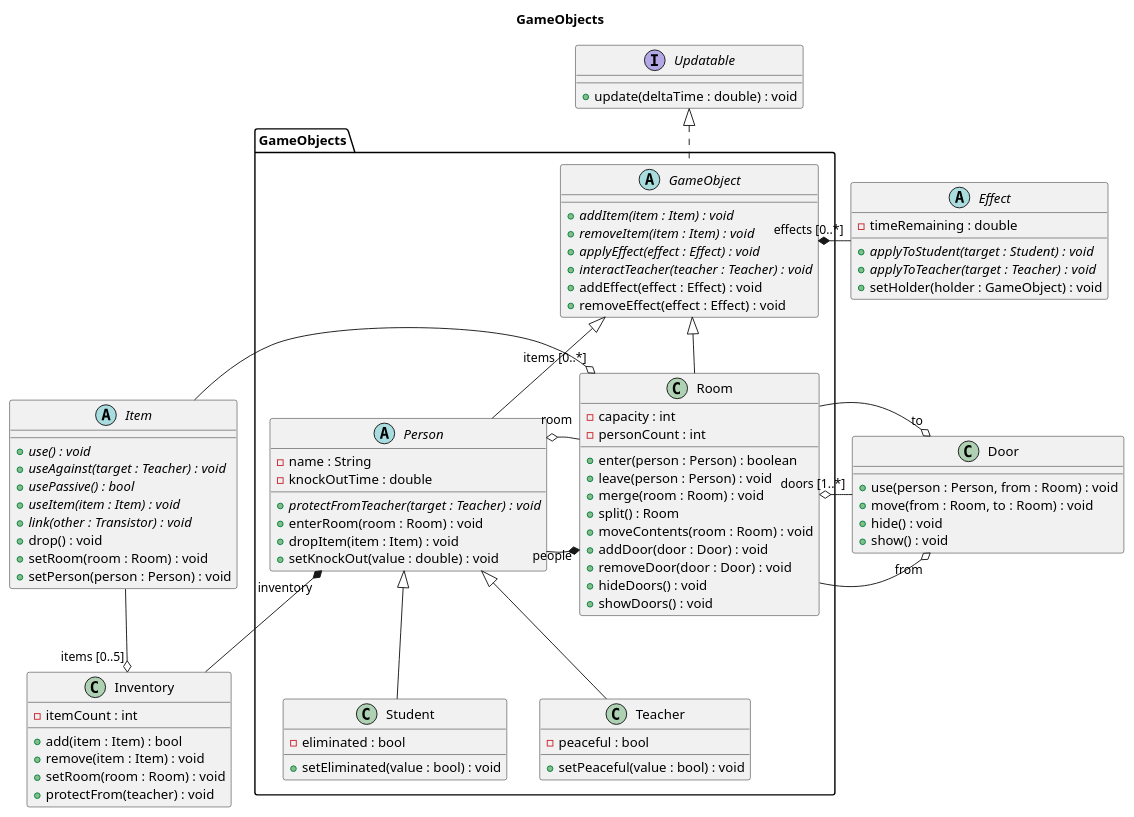
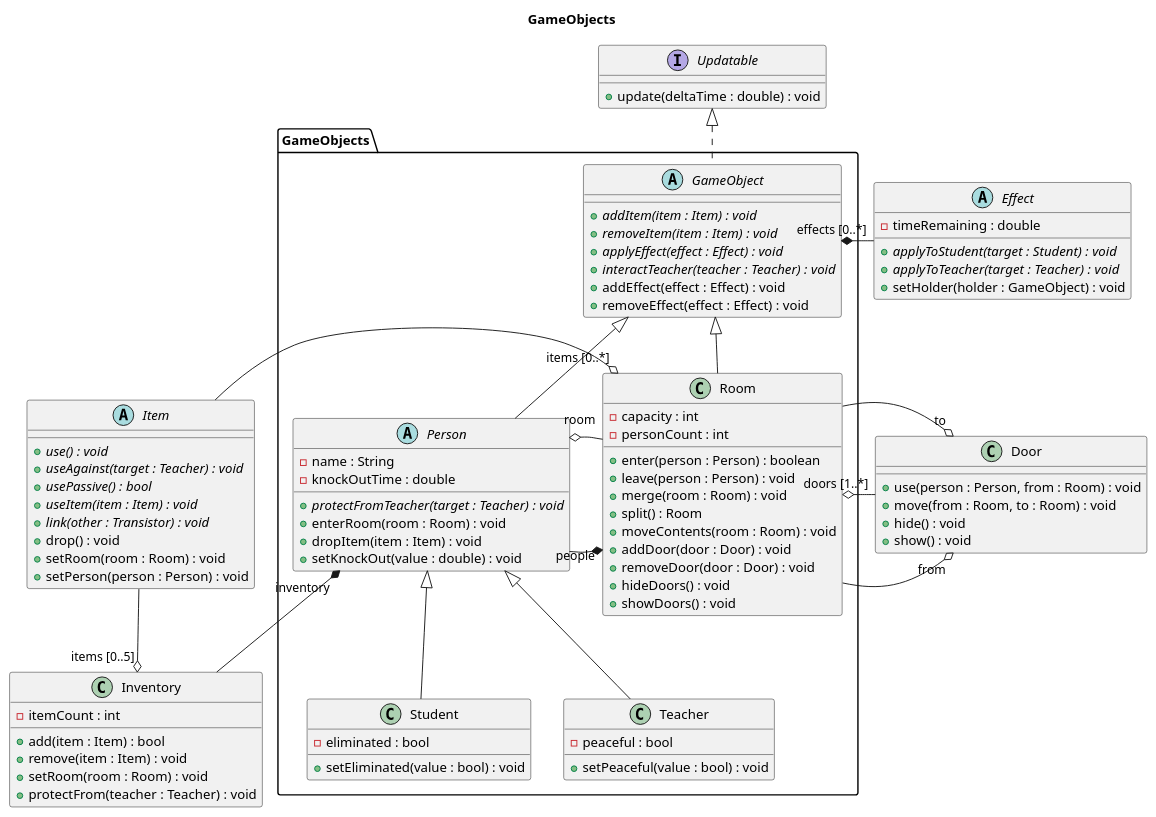
Before and after one commit to sn4k3ch4rm3r/logarlec: the diagram in docs/diagrams/class/game-objects.puml, drawn with PlantUML. The commit also changed 1 other file, not shown here.

```diff
--- a/docs/diagrams/class/game-objects.puml
+++ b/docs/diagrams/class/game-objects.puml
@@ -1,103 +1,103 @@
 @startuml game-objects
 
 title GameObjects
 
 package GameObjects {
 	abstract GameObject {
 		+ {abstract} addItem(item : Item) : void
 		+ {abstract} removeItem(item : Item) : void
 		+ {abstract} applyEffect(effect : Effect) : void
 		+ {abstract} interactTeacher(teacher : Teacher) : void
 		+ addEffect(effect : Effect) : void
 		+ removeEffect(effect : Effect) : void
 	}
 
 	abstract Person {
 		- name : String
 		- knockOutTime : double
 		+ {abstract} protectFromTeacher(target : Teacher) : void
 		+ enterRoom(room : Room) : void
 		+ dropItem(item : Item) : void
 		+ setKnockOut(value : double) : void
 	}
 
 	class Student {
 		- eliminated : bool
 		+ setEliminated(value : bool) : void
 	}
 	class Teacher {
 		- peaceful : bool
 		+ setPeaceful(value : bool) : void
 	}
 
 	class Room {
 		- capacity : int
 		- personCount : int
 		+ enter(person : Person) : boolean
 		+ leave(person : Person) : void
 		+ merge(room : Room) : void
 		+ split() : Room
 		+ moveContents(room : Room) : void
 		+ addDoor(door : Door) : void
 		+ removeDoor(door : Door) : void 
 		+ hideDoors() : void
 		+ showDoors() : void
 	}
 	
 }
 
 interface Updatable {
 	+ update(deltaTime : double) : void
 }
 
 class Door {
 	+ use(person : Person, from : Room) : void
 	+ move(from : Room, to : Room) : void
 	+ hide() : void
 	+ show() : void
 }
 
 class Inventory {
 	- itemCount : int
 	+ add(item : Item) : bool
 	+ remove(item : Item) : void
 	+ setRoom(room : Room) : void
-	+ protectFrom(teacher) : void
+	+ protectFrom(teacher : Teacher) : void
 }
 
 abstract Effect {
 	- timeRemaining : double
 	+ {abstract} applyToStudent(target : Student) : void
 	+ {abstract} applyToTeacher(target : Teacher) : void
 	+ setHolder(holder : GameObject) : void
 }
 
 abstract Item {
 	+ {abstract} use() : void
 	+ {abstract} useAgainst(target : Teacher) : void
 	+ {abstract} usePassive() : bool
 	+ {abstract} useItem(item : Item) : void
 	+ {abstract} link(other : Transistor) : void
 	+ drop() : void
 	+ setRoom(room : Room) : void
 	+ setPerson(person : Person) : void	
 }
 
 Updatable <|.- GameObject
 GameObject <|-- Person
 GameObject <|-- Room
 Person <|-- Teacher
 Person <|-- Student
 
 Room "people" *-left- Person
 Person "room" o-right- Room
 Room "doors [1..*]" o-- Door
 Person "inventory" *-- Inventory
 Room "items [0..*]" o- Item
 GameObject "effects [0..*]" *-left- Effect
 
 Door "from" o- Room
 Door "to" o- Room
 Inventory "items [0..5]" o-up- Item
 
 @enduml
```
